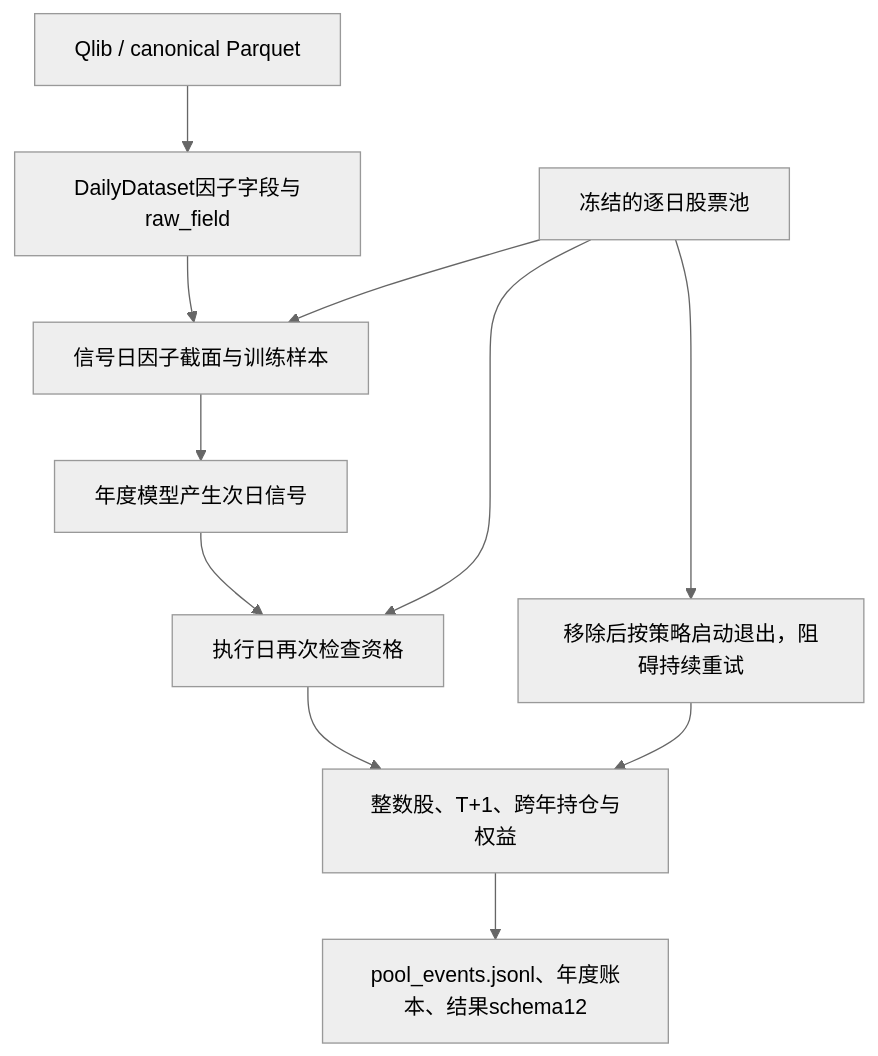
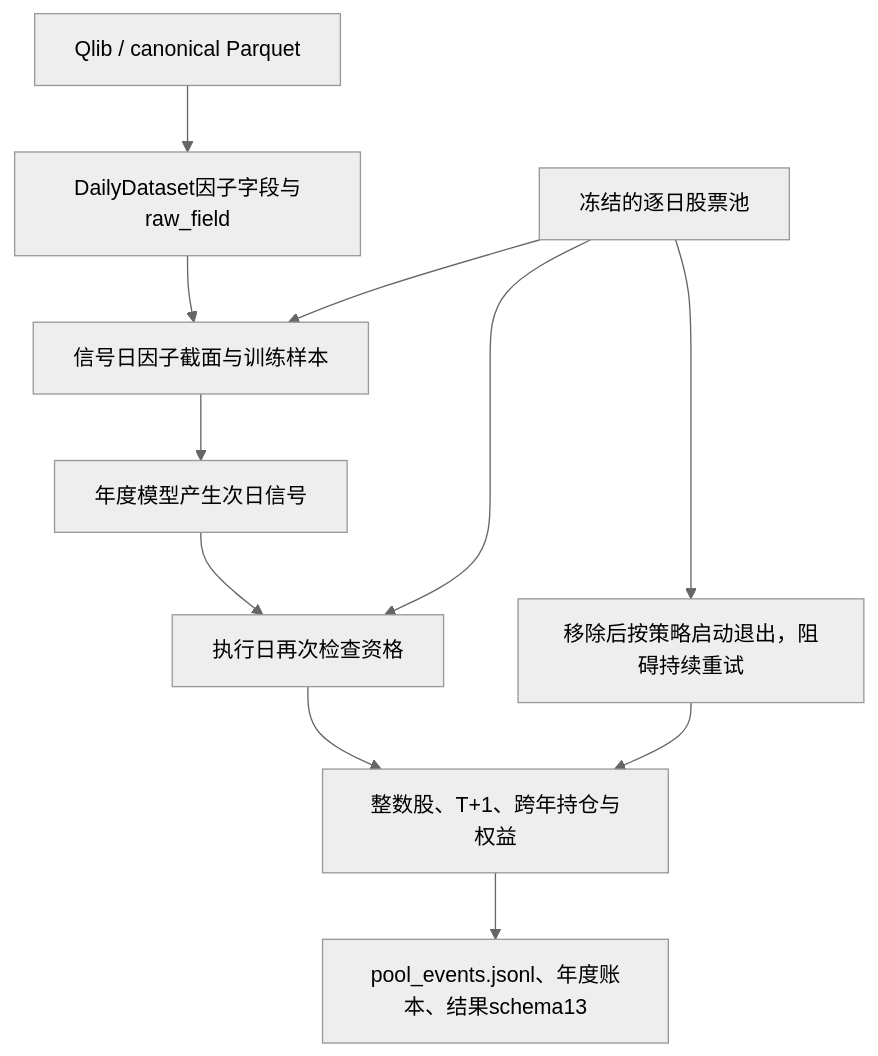
Before and after one commit to Dennishaha/JFQuant: the second of 4 diagrams in crates/ml/src/backtest/README.md, drawn with Mermaid (neutral theme). The commit also changed other lines of this file and 78 other files, not shown here.

````diff
--- a/crates/ml/src/backtest/README.md
+++ b/crates/ml/src/backtest/README.md
@@ -61,13 +61,13 @@
 ```mermaid
 flowchart TD
   INPUT["Qlib / canonical Parquet"] --> DAILY["DailyDataset因子字段与raw_field"]
   POOL["冻结的逐日股票池"] --> SAMPLE["信号日因子截面与训练样本"]
   DAILY --> SAMPLE
   SAMPLE --> PREDICT["年度模型产生次日信号"]
   PREDICT --> CHECK["执行日再次检查资格"]
   POOL --> CHECK
   CHECK --> LEDGER["整数股、T+1、跨年持仓与权益"]
   POOL --> EXIT["移除后按策略启动退出，阻碍持续重试"]
   EXIT --> LEDGER
-  LEDGER --> EVENTS["pool_events.jsonl、年度账本、结果schema12"]
+  LEDGER --> EVENTS["pool_events.jsonl、年度账本、结果schema13"]
 ```
````
